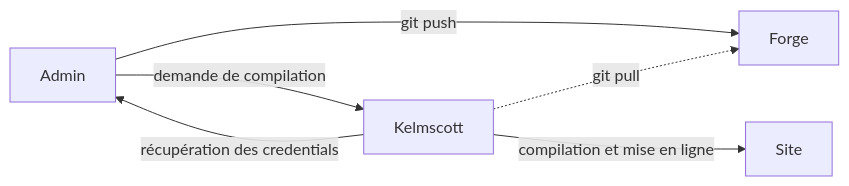
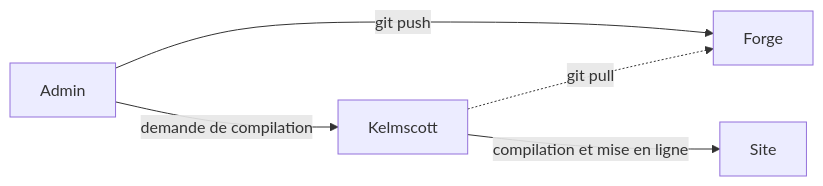
Before and after one commit to osunyorg/developers: the first of 4 diagrams in content/docs/admin/sites-web/kelmscott/_index.md, drawn with Mermaid. The commit also changed other lines of this file, not shown here.

````diff
--- a/content/docs/admin/sites-web/kelmscott/_index.md
+++ b/content/docs/admin/sites-web/kelmscott/_index.md
@@ -28,8 +28,7 @@
 ```mermaid
 graph LR;
   Admin -- git push --> Forge
   Admin -- demande de compilation --> Kelmscott
   Kelmscott -. git pull .-> Forge
-  Kelmscott -- récupération des credentials --> Admin
   Kelmscott -- compilation et mise en ligne --> Site
 ```
````
